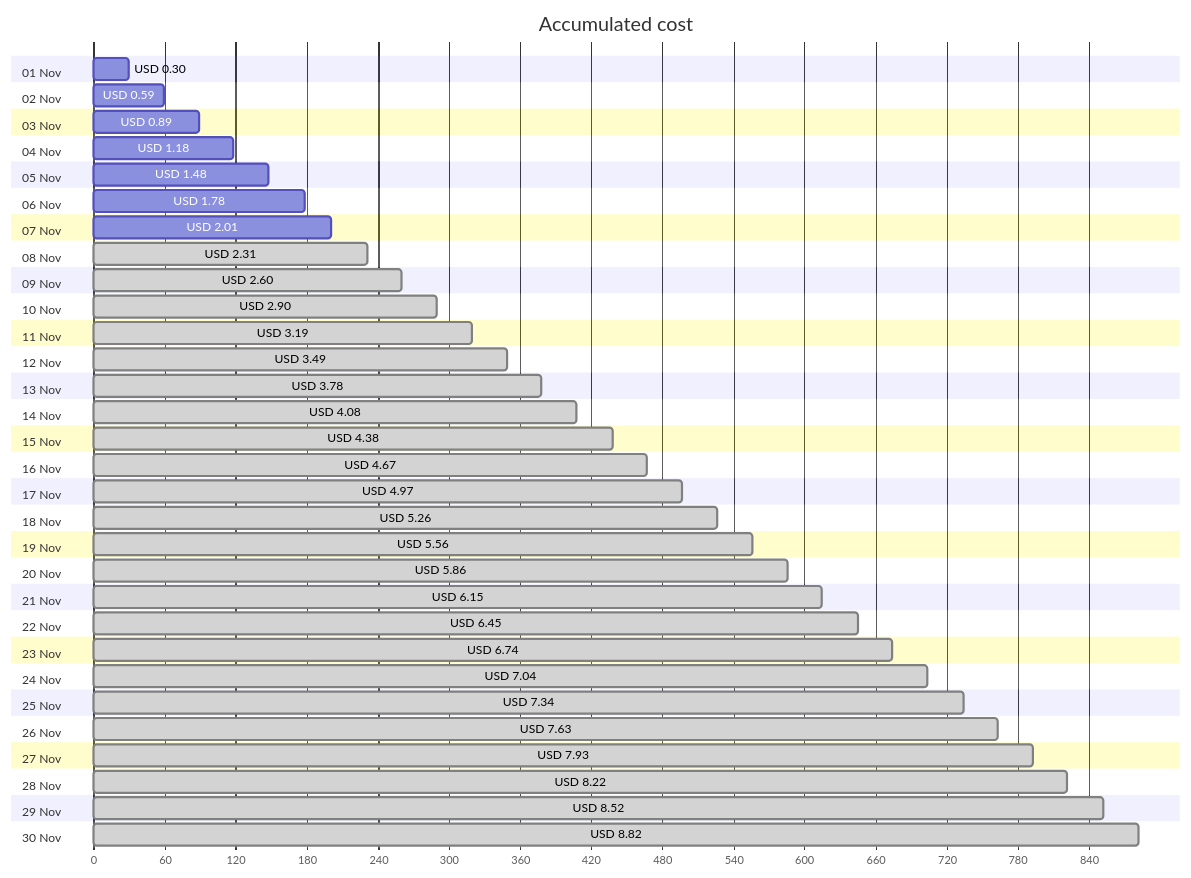
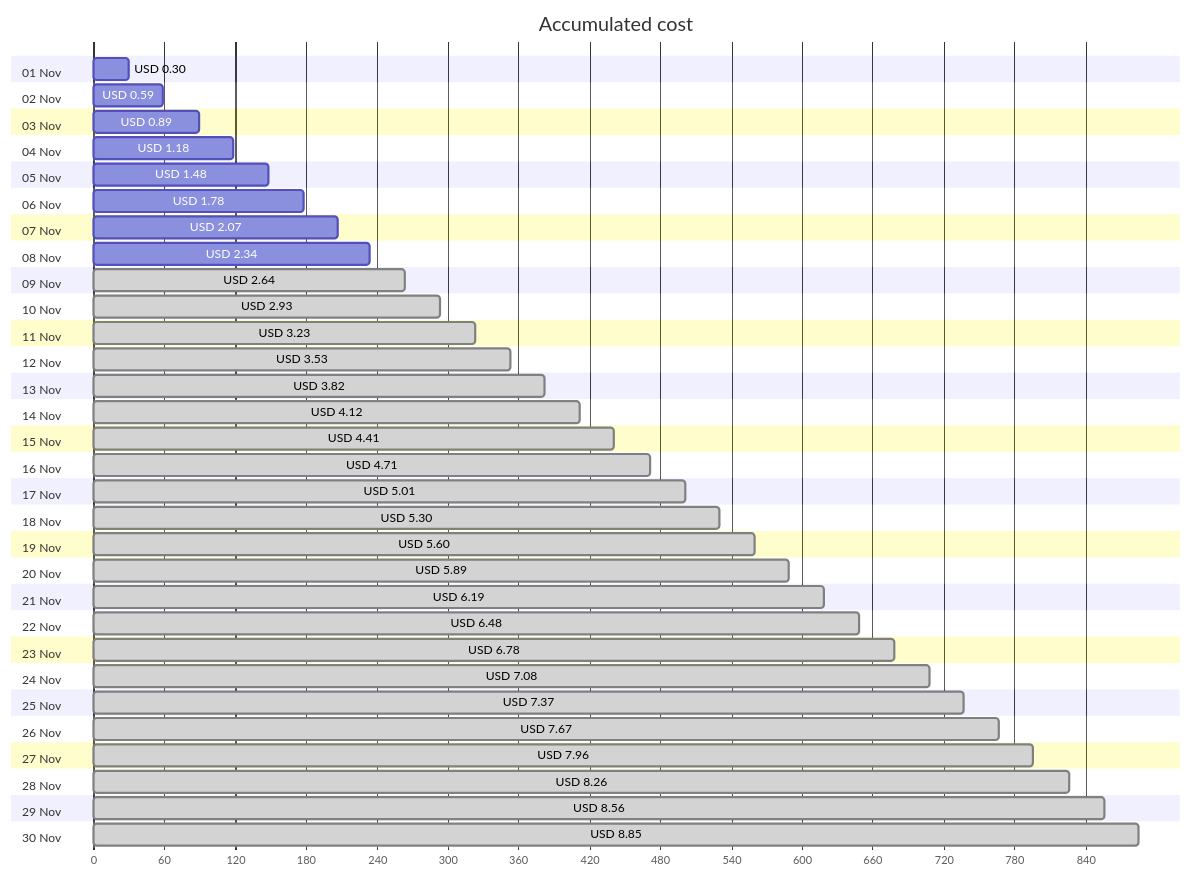
Before and after one commit to jpfulton/azure-personal-reports: the first of 4 diagrams in cost-reports/personal-site/personal-site-preview.md, drawn with Mermaid. The commit also changed other lines of this file and 6 other files, not shown here.

````diff
--- a/cost-reports/personal-site/personal-site-preview.md
+++ b/cost-reports/personal-site/personal-site-preview.md
@@ -20,66 +20,66 @@
 ```mermaid
 gantt
    title Accumulated cost
    dateFormat  X
    axisFormat %s
    section 01 Nov
    USD 0.30 :0, 30
    section 02 Nov
    USD 0.59 :0, 59
    section 03 Nov
    USD 0.89 :0, 89
    section 04 Nov
    USD 1.18 :0, 118
    section 05 Nov
    USD 1.48 :0, 148
    section 06 Nov
    USD 1.78 :0, 178
    section 07 Nov
-   USD 2.01 :0, 201
+   USD 2.07 :0, 207
    section 08 Nov
-   USD 2.31 : done, 0, 231
+   USD 2.34 :0, 234
    section 09 Nov
-   USD 2.60 : done, 0, 260
+   USD 2.64 : done, 0, 264
    section 10 Nov
-   USD 2.90 : done, 0, 290
+   USD 2.93 : done, 0, 293
    section 11 Nov
-   USD 3.19 : done, 0, 319
+   USD 3.23 : done, 0, 323
    section 12 Nov
-   USD 3.49 : done, 0, 349
+   USD 3.53 : done, 0, 353
    section 13 Nov
-   USD 3.78 : done, 0, 378
+   USD 3.82 : done, 0, 382
    section 14 Nov
-   USD 4.08 : done, 0, 408
+   USD 4.12 : done, 0, 412
    section 15 Nov
-   USD 4.38 : done, 0, 438
+   USD 4.41 : done, 0, 441
    section 16 Nov
-   USD 4.67 : done, 0, 467
+   USD 4.71 : done, 0, 471
    section 17 Nov
-   USD 4.97 : done, 0, 497
+   USD 5.01 : done, 0, 501
    section 18 Nov
-   USD 5.26 : done, 0, 526
+   USD 5.30 : done, 0, 530
    section 19 Nov
-   USD 5.56 : done, 0, 556
+   USD 5.60 : done, 0, 560
    section 20 Nov
-   USD 5.86 : done, 0, 586
+   USD 5.89 : done, 0, 589
    section 21 Nov
-   USD 6.15 : done, 0, 615
+   USD 6.19 : done, 0, 619
    section 22 Nov
-   USD 6.45 : done, 0, 645
+   USD 6.48 : done, 0, 648
    section 23 Nov
-   USD 6.74 : done, 0, 674
+   USD 6.78 : done, 0, 678
    section 24 Nov
-   USD 7.04 : done, 0, 704
+   USD 7.08 : done, 0, 708
    section 25 Nov
-   USD 7.34 : done, 0, 734
+   USD 7.37 : done, 0, 737
    section 26 Nov
-   USD 7.63 : done, 0, 763
+   USD 7.67 : done, 0, 767
    section 27 Nov
-   USD 7.93 : done, 0, 793
+   USD 7.96 : done, 0, 796
    section 28 Nov
-   USD 8.22 : done, 0, 822
+   USD 8.26 : done, 0, 826
    section 29 Nov
-   USD 8.52 : done, 0, 852
+   USD 8.56 : done, 0, 856
    section 30 Nov
-   USD 8.82 : done, 0, 882
+   USD 8.85 : done, 0, 885
 ```
````
